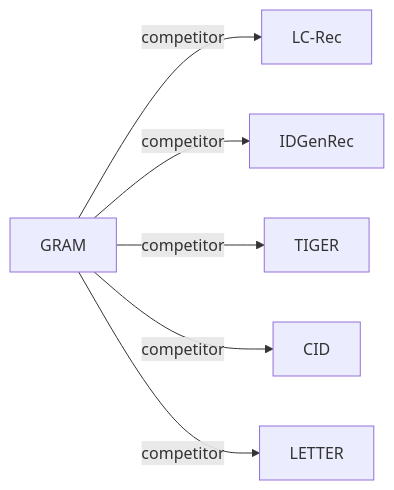
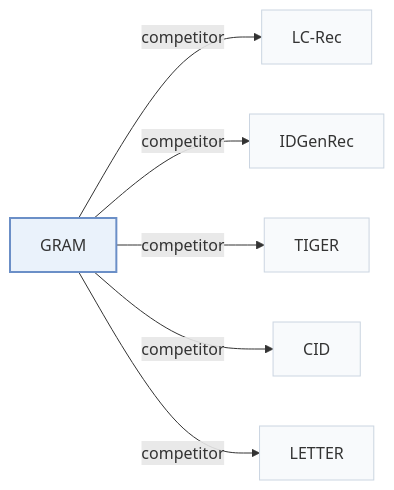
The third of 3 diagrams in pages/papers/gram.md (Galaxy-ghost/Awesome-SID-Generative-Rec), drawn with Mermaid before and after one commit. The commit also changed other lines of this file and 649 other files, not shown here.

Commit message:
writer-05: also tags and modality index (schema, check, build, visuals); summary field removed; calibration data for 12 papers

````diff
--- a/pages/papers/gram.md
+++ b/pages/papers/gram.md
@@ -123,9 +135,13 @@
 ```mermaid
 flowchart LR
     P["GRAM"]
-    P -->|competitor| A["LC-Rec"]
-    P -->|competitor| B["IDGenRec"]
-    P -->|competitor| C["TIGER"]
-    P -->|competitor| D["CID"]
-    P -->|competitor| E["LETTER"]
+    P -->|"competitor"| A["LC-Rec"]
+    P -->|"competitor"| B["IDGenRec"]
+    P -->|"competitor"| C["TIGER"]
+    P -->|"competitor"| D["CID"]
+    P -->|"competitor"| E["LETTER"]
+    classDef main fill:#eaf2fb,stroke:#6b8fc7,stroke-width:2px
+    classDef peer fill:#f8fafc,stroke:#cbd5e1
+    class P main
+    class A,B,C,D,E peer
 ```
````
